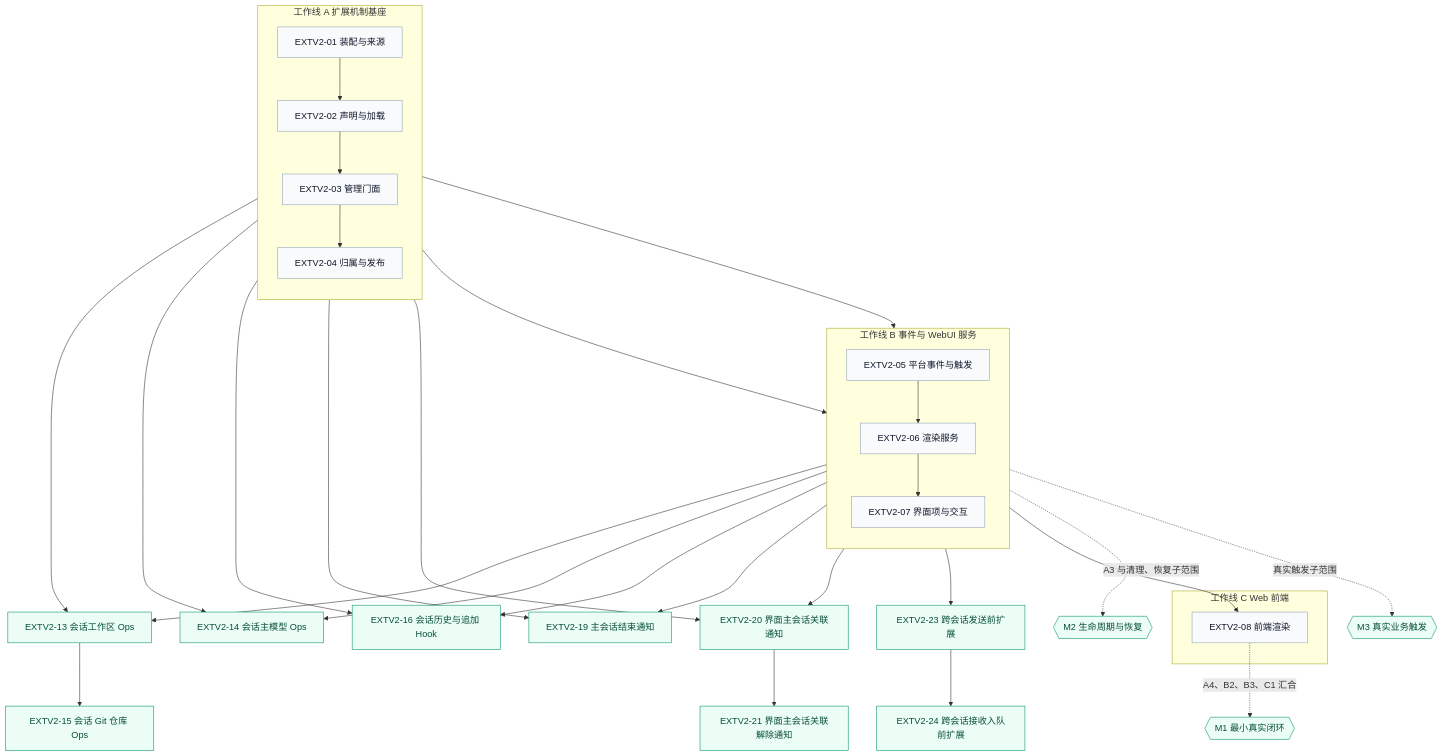
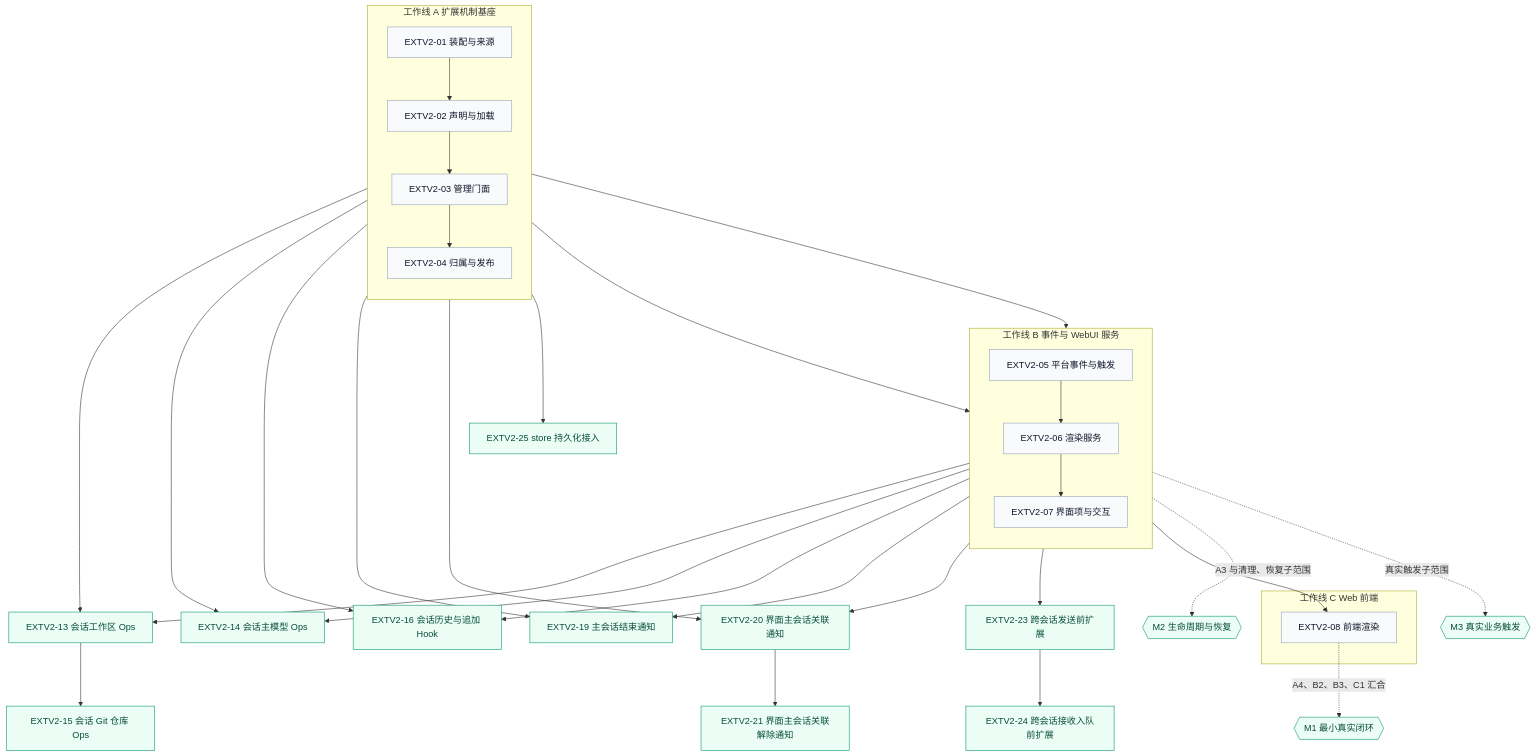
The first of 2 diagrams in jiuwenswarm/extensions_v2/docs/designs/extensions-v2-development-plan.md (openJiuwen-ai/jiuwenswarm), drawn with Mermaid before and after one commit. The commit also changed other lines of this file and 17 other files, not shown here.

````diff
--- a/jiuwenswarm/extensions_v2/docs/designs/extensions-v2-development-plan.md
+++ b/jiuwenswarm/extensions_v2/docs/designs/extensions-v2-development-plan.md
@@ -434,53 +441,54 @@
 ```mermaid
 flowchart TB
     subgraph WA["工作线 A 扩展机制基座"]
         direction TB
         A1["EXTV2-01 装配与来源"] --> A2["EXTV2-02 声明与加载"]
         A2 --> A3["EXTV2-03 管理门面"]
         A3 --> A4["EXTV2-04 归属与发布"]
     end
 
     subgraph WB["工作线 B 事件与 WebUI 服务"]
         direction TB
         B1["EXTV2-05 平台事件与触发"] --> B2["EXTV2-06 渲染服务"]
         B2 --> B3["EXTV2-07 界面项与交互"]
     end
 
     subgraph WC["工作线 C Web 前端"]
         C1["EXTV2-08 前端渲染"]
     end
 
     M1{{"M1 最小真实闭环"}}
     M2{{"M2 生命周期与恢复"}}
     M3{{"M3 真实业务触发"}}
 
     WA ~~~ WB
     WB ~~~ WC
 
     A1 --> B1
     A1 --> S13["EXTV2-13 会话工作区 Ops"]
     B1 --> S13
     A1 --> S14["EXTV2-14 会话主模型 Ops"]
     B1 --> S14
     S13 --> S15["EXTV2-15 会话 Git 仓库 Ops"]
     A1 --> S16["EXTV2-16 会话历史与追加 Hook"]
     B1 --> S16
     A3 --> S19["EXTV2-19 主会话结束通知"]
     B1 --> S19
     A3 --> S20["EXTV2-20 界面主会话关联通知"]
     B1 --> S20
     S20 --> S21["EXTV2-21 界面主会话关联解除通知"]
     B1 --> S23["EXTV2-23 跨会话发送前扩展"]
     S23 --> S24["EXTV2-24 跨会话接收入队前扩展"]
+    A3 --> S25["EXTV2-25 store 持久化接入"]
     A4 --> B3
     B3 --> C1
 
     C1 -.->|"A4、B2、B3、C1 汇合"| M1
     B3 -.->|"A3 与清理、恢复子范围"| M2
     B1 -.->|"真实触发子范围"| M3
 
     classDef item fill:#f8fafc,stroke:#94a3b8,color:#0f172a;
     classDef node fill:#ecfdf5,stroke:#059669,color:#064e3b;
     class A1,A2,A3,A4,B1,B2,B3,C1 item;
     class M1,M2,M3 node;
 ```
````
